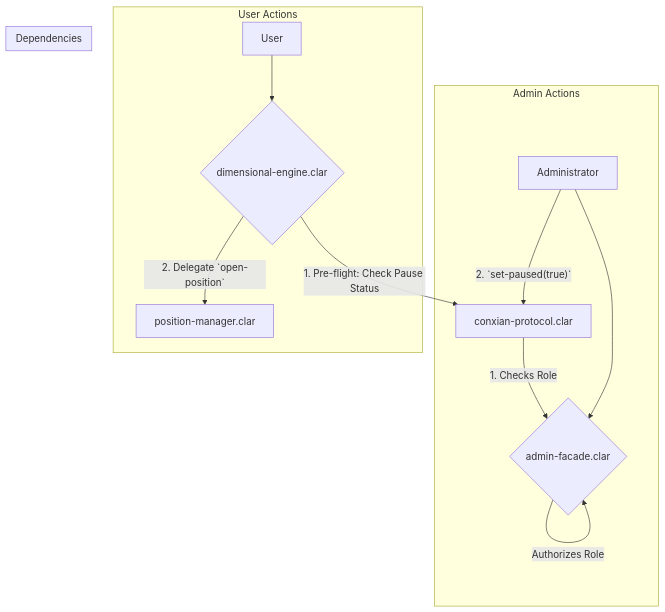
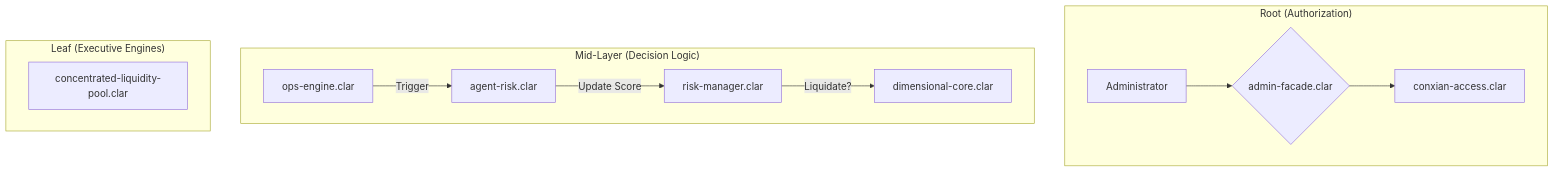
The diagram in contracts/core/README.md (Anya-org/Conxian), drawn with Mermaid before and after one commit. The commit also changed other lines of this file and 13 other files, not shown here.

First line of the commit message:
feat(core): implement Root-to-Leaf architecture and TVL normalization

````diff
--- a/contracts/core/README.md
+++ b/contracts/core/README.md
@@ -27,19 +27,18 @@
 ```mermaid
 graph TD
-    subgraph "Admin Actions"
-        A[Administrator] --> B{admin-facade.clar};
-        B -- Authorizes Role --> B;
-        C[conxian-protocol.clar] -- 1. Checks Role --> B;
-        A -- 2. `set-paused(true)` --> C;
+    subgraph "Root (Authorization)"
+        A[Administrator] --> B{admin-facade.clar}
+        B --> C[conxian-access.clar]
     end
 
-    subgraph "User Actions"
-        D[User] --> E{dimensional-engine.clar};
-        E -- 1. Pre-flight: Check Pause Status --> C;
-        E -- 2. Delegate `open-position` --> F[position-manager.clar];
+    subgraph "Mid-Layer (Decision Logic)"
+        D[ops-engine.clar] -- Trigger --> E[agent-risk.clar]
+        E -- Update Score --> F[risk-manager.clar]
+        F -- "Liquidate?" --> G[dimensional-core.clar]
     end
 
-    subgraph "Dependencies"
-        F
+    subgraph "Leaf (Executive Engines)"
+        G
+        H[concentrated-liquidity-pool.clar]
     end
 ```
````
